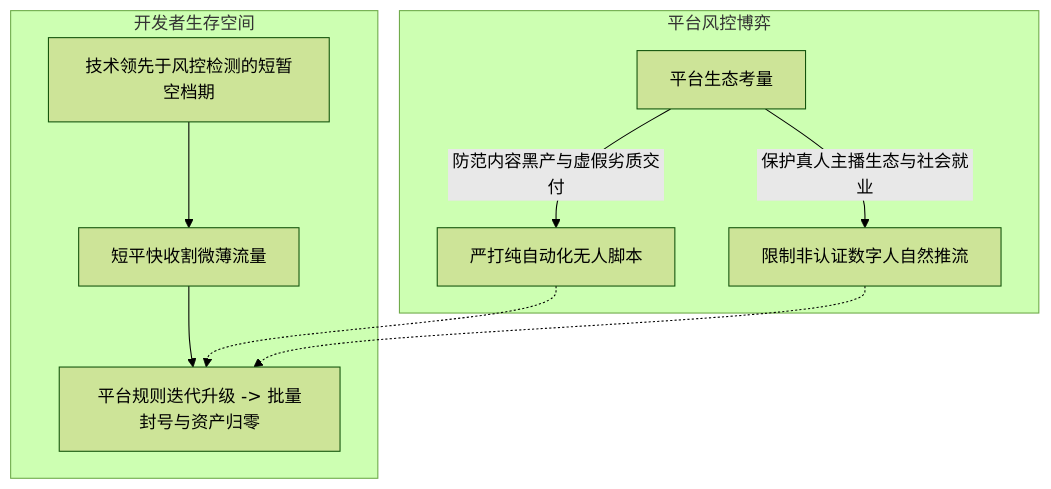
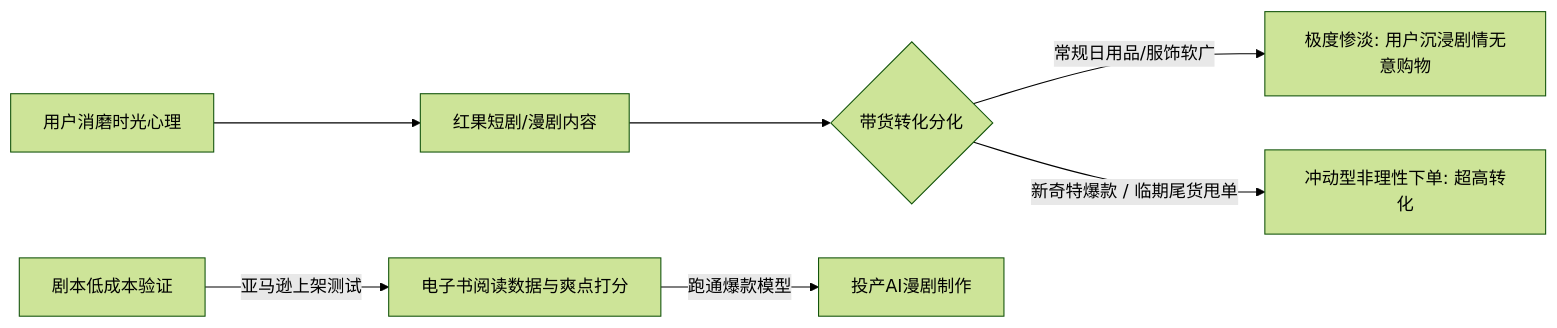
Before and after one commit to dollarser/knowledge: the second of 9 diagrams in content/live-20261107-01.md, drawn with Mermaid (forest theme). The commit also changed other lines of this file and 2 other files, not shown here.

````diff
--- a/content/live-20261107-01.md
+++ b/content/live-20261107-01.md
@@ -27,14 +89,10 @@
 ```mermaid
-flowchart TD
-    subgraph 平台风控博弈
-        A[平台生态考量] -->|防范内容黑产与虚假劣质交付| B[严打纯自动化无人脚本]
-        A -->|保护真人主播生态与社会就业| C[限制非认证数字人自然推流]
-    end
-
-    subgraph 开发者生存空间
-        D[技术领先于风控检测的短暂空档期] --> E[短平快收割微薄流量]
-        E --> F[平台规则迭代升级 -> 批量封号与资产归零]
-    end
-
-    B & C -.-> F
+flowchart LR
+    A[用户消磨时光心理] --> B[红果短剧/漫剧内容]
+    B --> C{带货转化分化}
+    C -->|常规日用品/服饰软广| D[极度惨淡: 用户沉浸剧情无意购物]
+    C -->|新奇特爆款 / 临期尾货甩单| E[冲动型非理性下单: 超高转化]
+    
+    F[剧本低成本验证] -->|亚马逊上架测试| G[电子书阅读数据与爽点打分]
+    G -->|跑通爆款模型| H[投产AI漫剧制作]
 ```
````
